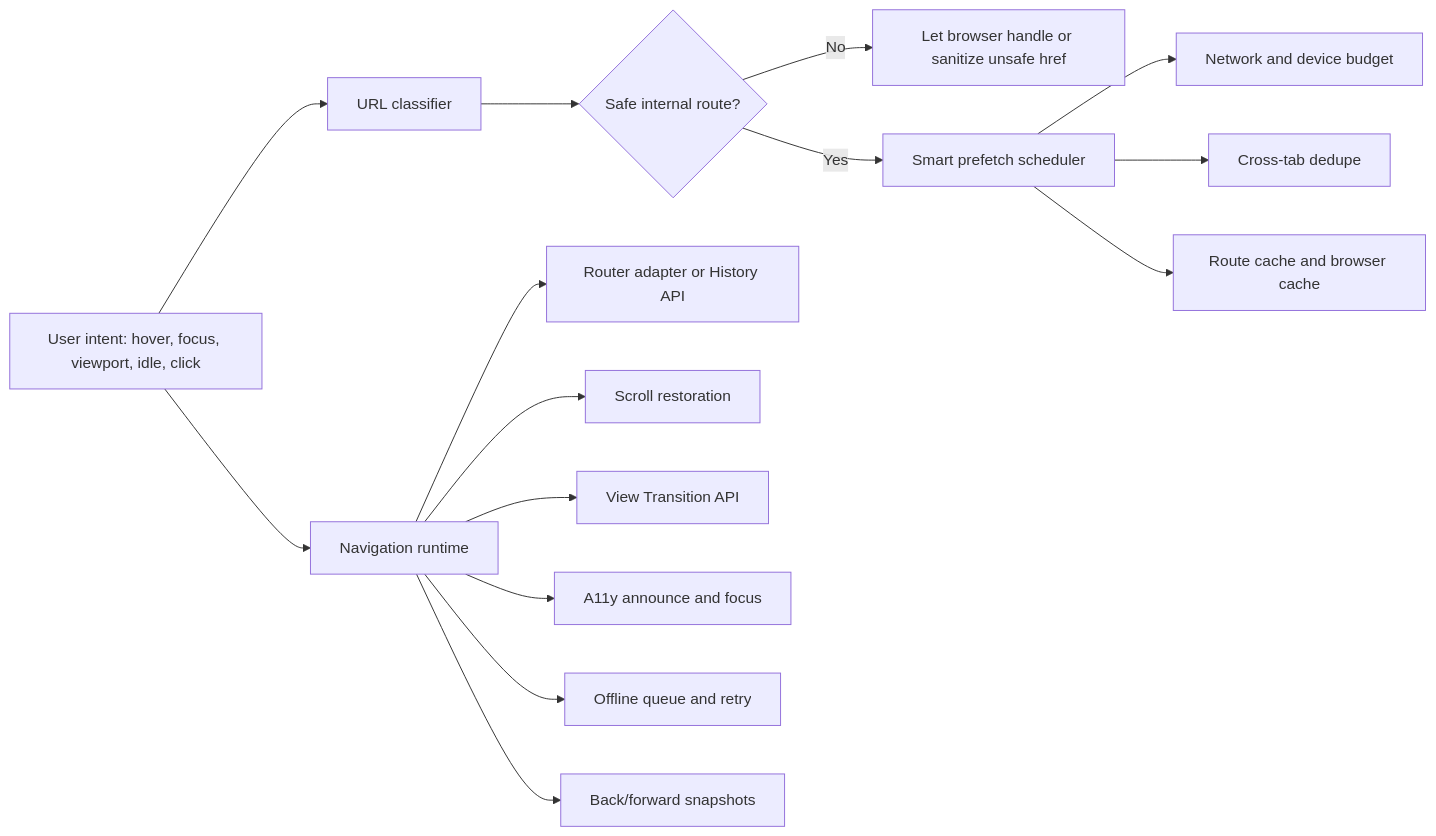
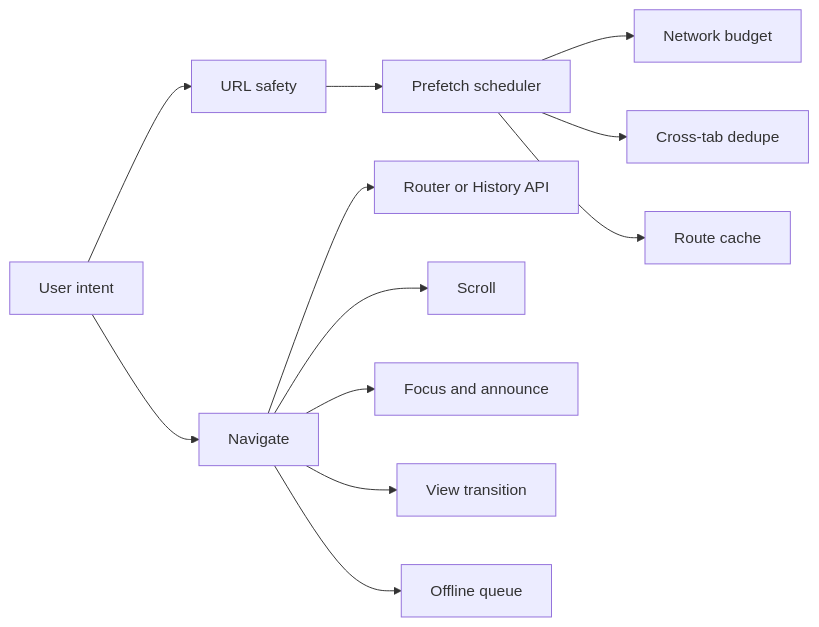
One commit to psrockstar098/rockzy-link changed the diagram in docs/package-overview.md. Above: the diagram before and after it, drawn with Mermaid. The commit also changed other lines of this file and 93 other files, not shown here.

````diff
--- a/docs/package-overview.md
+++ b/docs/package-overview.md
@@ -73,17 +57,14 @@
 ```mermaid
 flowchart LR
-  A["User intent: hover, focus, viewport, idle, click"] --> B["URL classifier"]
-  B --> C{"Safe internal route?"}
-  C -->|No| D["Let browser handle or sanitize unsafe href"]
-  C -->|Yes| E["Smart prefetch scheduler"]
-  E --> F["Network and device budget"]
-  E --> G["Cross-tab dedupe"]
-  E --> H["Route cache and browser cache"]
-  A --> I["Navigation runtime"]
-  I --> J["Router adapter or History API"]
-  I --> K["Scroll restoration"]
-  I --> L["View Transition API"]
-  I --> M["A11y announce and focus"]
-  I --> N["Offline queue and retry"]
-  I --> O["Back/forward snapshots"]
+  A["User intent"] --> B["URL safety"]
+  B --> C["Prefetch scheduler"]
+  C --> D["Network budget"]
+  C --> E["Cross-tab dedupe"]
+  C --> F["Route cache"]
+  A --> G["Navigate"]
+  G --> H["Router or History API"]
+  G --> I["Scroll"]
+  G --> J["Focus and announce"]
+  G --> K["View transition"]
+  G --> L["Offline queue"]
 ```
````
